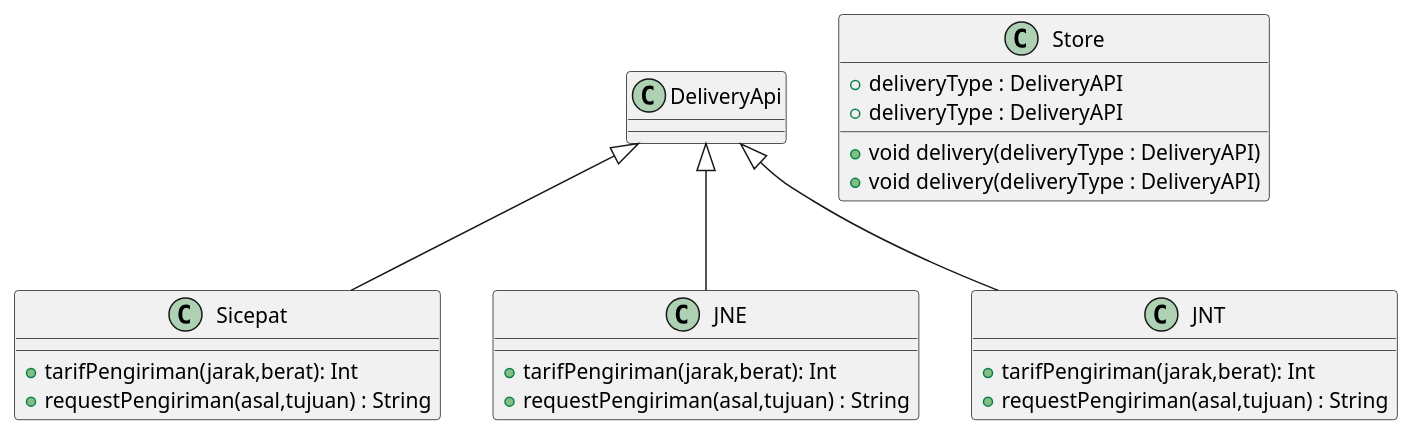
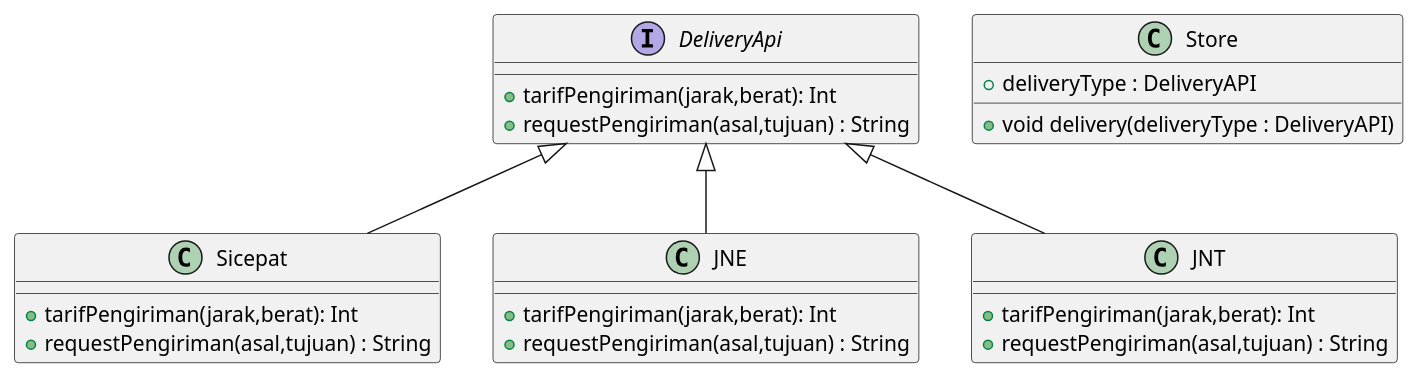
Before and after one commit to farhanzakiputra/pbpu-a-2022: the diagram in Kelompok 4/UML kelompok 4/UML Class Diagram Ecommerce.puml, drawn with PlantUML.

Commit message:
Add interface DeliveryApi

```diff
--- a/Kelompok 4/UML kelompok 4/UML Class Diagram Ecommerce.puml
+++ b/Kelompok 4/UML kelompok 4/UML Class Diagram Ecommerce.puml
@@ -1,34 +1,34 @@
 @startuml E-commerce
 ' diagram style
 
 ' diagram relation
 DeliveryApi <|-- Sicepat
 DeliveryApi <|-- JNE
 DeliveryApi <|-- JNT
 
 class Store{
   + deliveryType : DeliveryAPI
   + void delivery(deliveryType : DeliveryAPI)
 }
 
-class Store{
-  + deliveryType : DeliveryAPI
-  + void delivery(deliveryType : DeliveryAPI)
+interface DeliveryApi{
+    +tarifPengiriman(jarak,berat): Int
+    +requestPengiriman(asal,tujuan) : String
 }
 
 Class Sicepat{
     +tarifPengiriman(jarak,berat): Int
     +requestPengiriman(asal,tujuan) : String
 }
 
 Class JNE{
     +tarifPengiriman(jarak,berat): Int
     +requestPengiriman(asal,tujuan) : String
 }
 
 Class JNT{
     +tarifPengiriman(jarak,berat): Int
     +requestPengiriman(asal,tujuan) : String
 }
 
 @enduml
```
